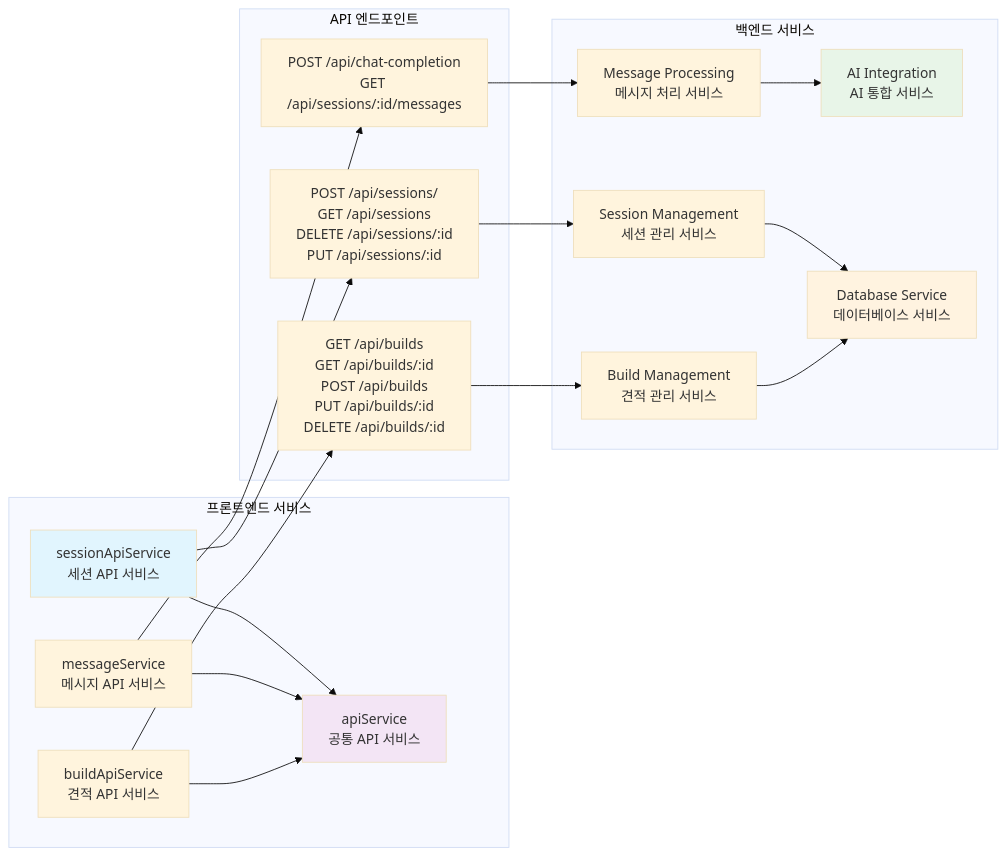
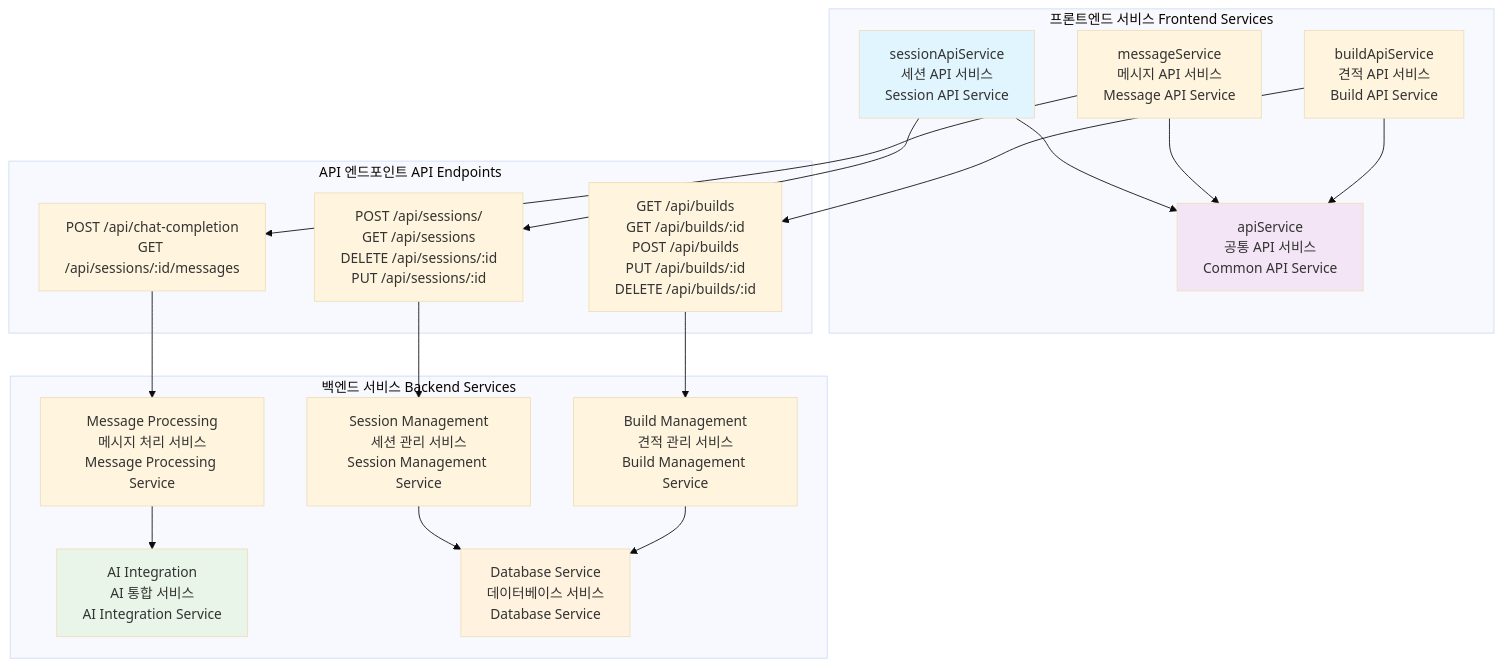
Diagram 15 of 19 in docs/design-specification.md (p0pular131/askspec-chat-assistant), drawn with Mermaid (base theme) before and after one commit. The commit also changed other lines of this file and 1 other file, not shown here.

First line of the commit message:
Refactor: Adjust diagram layout for readability

````diff
--- a/docs/design-specification.md
+++ b/docs/design-specification.md
@@ -1070,44 +1100,44 @@
 ```mermaid
-graph LR
-    subgraph "프론트엔드 서비스"
-        SessionAPI[sessionApiService<br/>세션 API 서비스]
-        MessageAPI[messageService<br/>메시지 API 서비스]
-        BuildAPI[buildApiService<br/>견적 API 서비스]
-        CommonAPI[apiService<br/>공통 API 서비스]
+graph TB
+    subgraph "프론트엔드 서비스 Frontend Services"
+        SessionAPI["sessionApiService<br/>세션 API 서비스<br/>Session API Service"]
+        MessageAPI["messageService<br/>메시지 API 서비스<br/>Message API Service"]
+        BuildAPI["buildApiService<br/>견적 API 서비스<br/>Build API Service"]
+        CommonAPI["apiService<br/>공통 API 서비스<br/>Common API Service"]
     end
     
-    subgraph "API 엔드포인트"
-        SessionEndpoints[POST /api/sessions/<br/>GET /api/sessions<br/>DELETE /api/sessions/:id<br/>PUT /api/sessions/:id]
-        MessageEndpoints[POST /api/chat-completion<br/>GET /api/sessions/:id/messages]
-        BuildEndpoints[GET /api/builds<br/>GET /api/builds/:id<br/>POST /api/builds<br/>PUT /api/builds/:id<br/>DELETE /api/builds/:id]
+    subgraph "API 엔드포인트 API Endpoints"
+        SessionEndpoints["POST /api/sessions/<br/>GET /api/sessions<br/>DELETE /api/sessions/:id<br/>PUT /api/sessions/:id"]
+        MessageEndpoints["POST /api/chat-completion<br/>GET /api/sessions/:id/messages"]
+        BuildEndpoints["GET /api/builds<br/>GET /api/builds/:id<br/>POST /api/builds<br/>PUT /api/builds/:id<br/>DELETE /api/builds/:id"]
     end
     
-    subgraph "백엔드 서비스"
-        SessionService[Session Management<br/>세션 관리 서비스]
-        MessageService[Message Processing<br/>메시지 처리 서비스]
-        BuildService[Build Management<br/>견적 관리 서비스]
-        AIService[AI Integration<br/>AI 통합 서비스]
-        DatabaseService[Database Service<br/>데이터베이스 서비스]
+    subgraph "백엔드 서비스 Backend Services"
+        SessionService["Session Management<br/>세션 관리 서비스<br/>Session Management Service"]
+        MessageService["Message Processing<br/>메시지 처리 서비스<br/>Message Processing Service"]
+        BuildService["Build Management<br/>견적 관리 서비스<br/>Build Management Service"]
+        AIService["AI Integration<br/>AI 통합 서비스<br/>AI Integration Service"]
+        DatabaseService["Database Service<br/>데이터베이스 서비스<br/>Database Service"]
     end
     
     SessionAPI --> SessionEndpoints
     MessageAPI --> MessageEndpoints
     BuildAPI --> BuildEndpoints
     
     SessionAPI --> CommonAPI
     MessageAPI --> CommonAPI
     BuildAPI --> CommonAPI
     
     SessionEndpoints --> SessionService
     MessageEndpoints --> MessageService
     BuildEndpoints --> BuildService
     
     MessageService --> AIService
     SessionService --> DatabaseService
     BuildService --> DatabaseService
     
     style SessionAPI fill:#e1f5fe
     style CommonAPI fill:#f3e5f5
     style AIService fill:#e8f5e8
     style DatabaseService fill:#fff3e0
 ```
````
